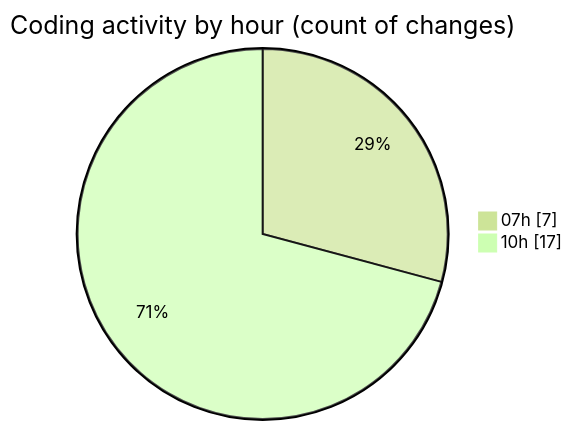
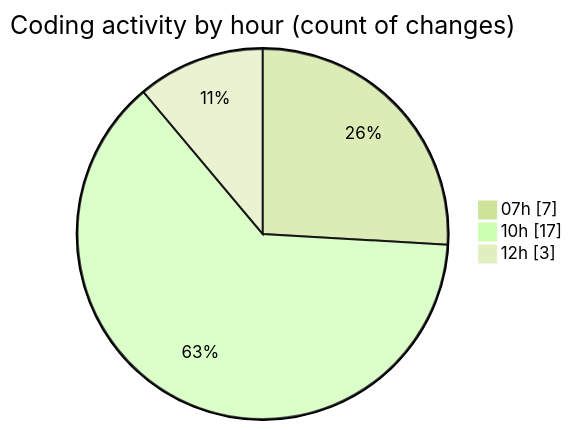
Before and after one commit to robertbonfada/code-tracking: the second of 2 diagrams in 2025-02-27/area-formacao-web/README.md, drawn with Mermaid (forest theme). The commit also changed other lines of this file and 1 other file, not shown here.

````diff
--- a/2025-02-27/area-formacao-web/README.md
+++ b/2025-02-27/area-formacao-web/README.md
@@ -34,6 +34,7 @@
 ```mermaid
 pie showData
 title Coding activity by hour (count of changes)
 "07h" : 7
 "10h" : 17
+"12h" : 3
 ```
````
